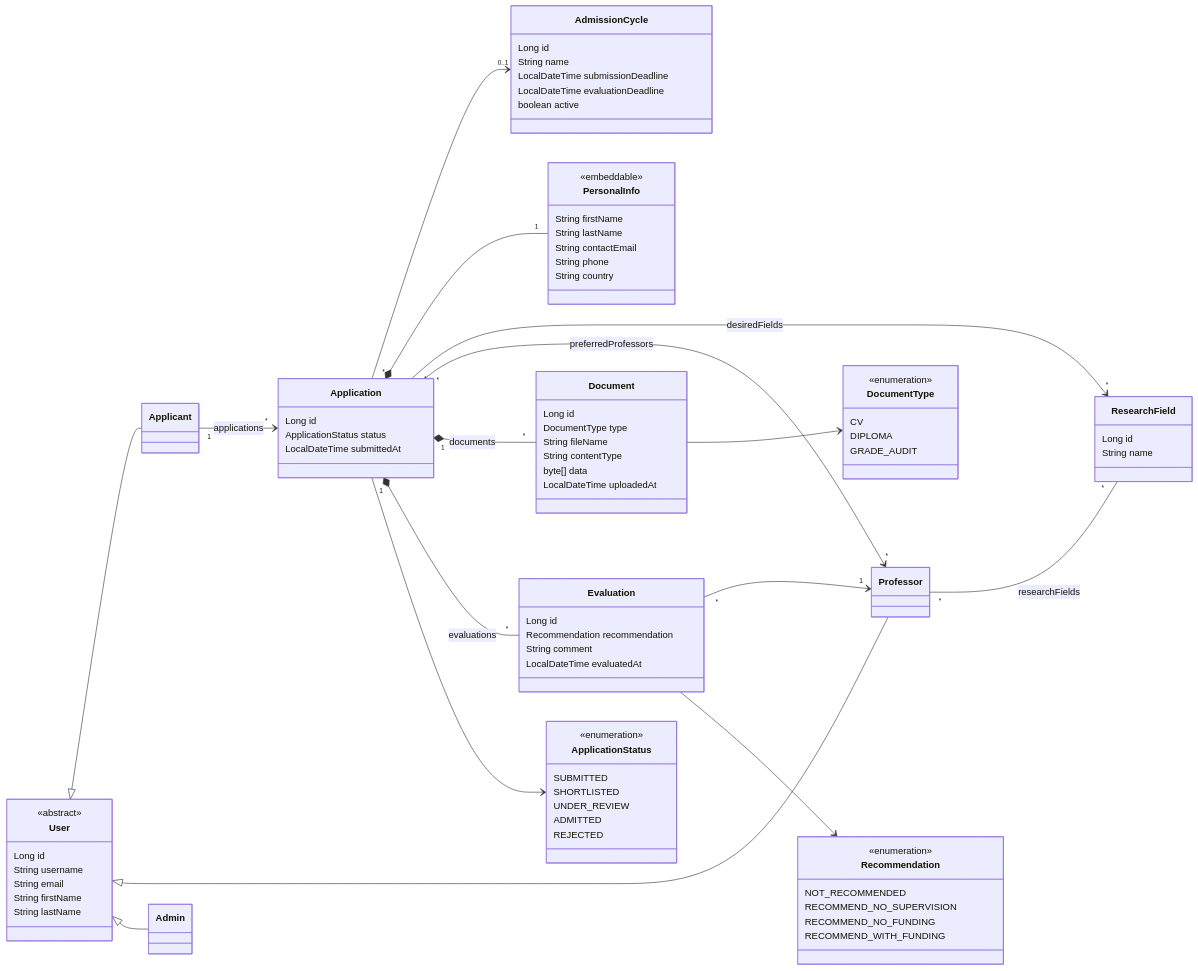
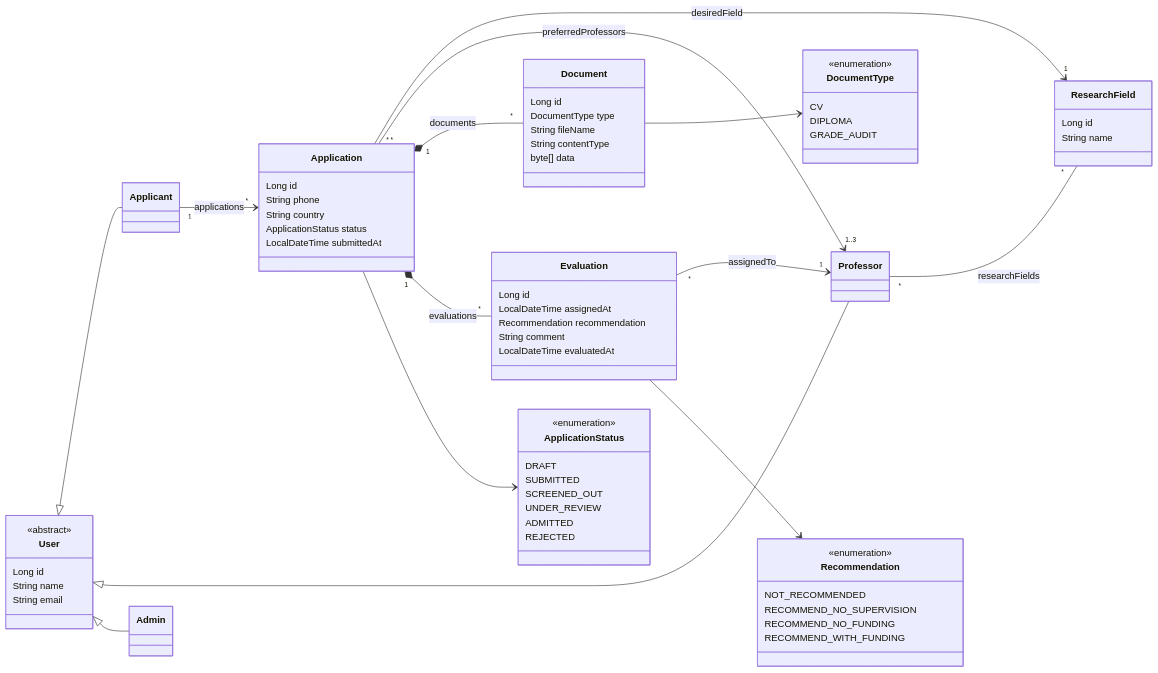
One commit to sanil04/Graduate-Admissions-Management-System changed the first of 3 diagrams in README.MD. Above: the diagram before and after it, drawn with Mermaid. The commit also changed other lines of this file, not shown here.

```diff
--- a/README.MD
+++ b/README.MD
@@ -70,10 +81,8 @@
     class User {
         <<abstract>>
         Long id
-        String username
+        String name
         String email
-        String firstName
-        String lastName
     }
     class Applicant
     class Professor
@@ -88,25 +97,10 @@
         String name
     }
 
-    class AdmissionCycle {
+    class Application {
         Long id
-        String name
-        LocalDateTime submissionDeadline
-        LocalDateTime evaluationDeadline
-        boolean active
-    }
-
-    class PersonalInfo {
-        <<embeddable>>
-        String firstName
-        String lastName
-        String contactEmail
         String phone
         String country
-    }
-
-    class Application {
-        Long id
         ApplicationStatus status
         LocalDateTime submittedAt
     }
@@ -117,11 +111,11 @@
         String fileName
         String contentType
         byte[] data
-        LocalDateTime uploadedAt
     }
 
     class Evaluation {
         Long id
+        LocalDateTime assignedAt
         Recommendation recommendation
         String comment
         LocalDateTime evaluatedAt
@@ -129,8 +123,9 @@
 
     class ApplicationStatus {
         <<enumeration>>
+        DRAFT
         SUBMITTED
-        SHORTLISTED
+        SCREENED_OUT
         UNDER_REVIEW
         ADMITTED
         REJECTED
@@ -150,14 +145,12 @@
     }
 
     Applicant "1" --> "*" Application : applications
-    Application "*" --> "0..1" AdmissionCycle
-    Application *-- "1" PersonalInfo
-    Application "*" --> "*" ResearchField : desiredFields
-    Application "*" --> "*" Professor : preferredProfessors
+    Application "*" --> "1" ResearchField : desiredField
+    Application "*" --> "1..3" Professor : preferredProfessors
     Professor "*" -- "*" ResearchField : researchFields
     Application "1" *-- "*" Document : documents
     Application "1" *-- "*" Evaluation : evaluations
-    Evaluation "*" --> "1" Professor
+    Evaluation "*" --> "1" Professor : assignedTo
     Application --> ApplicationStatus
     Document --> DocumentType
     Evaluation --> Recommendation
```
